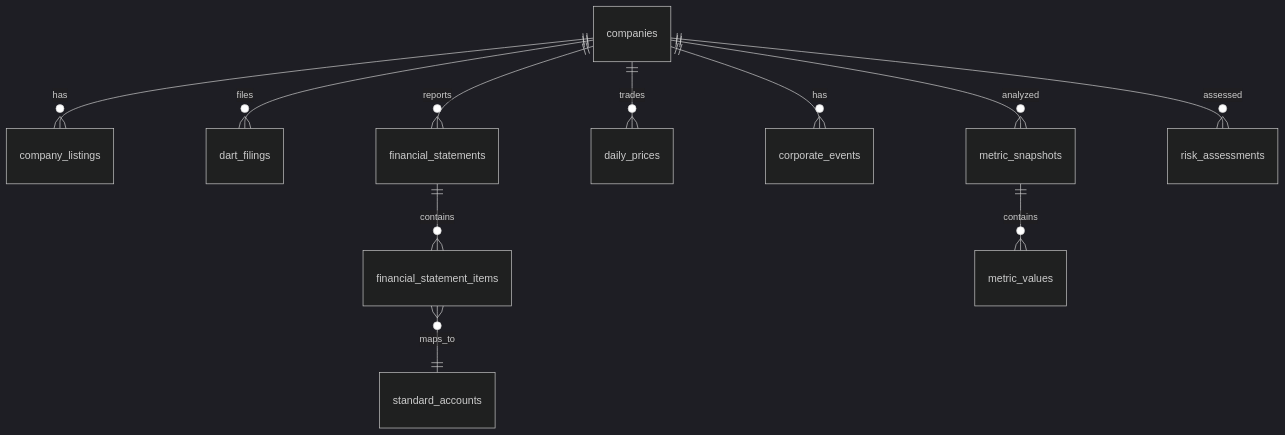
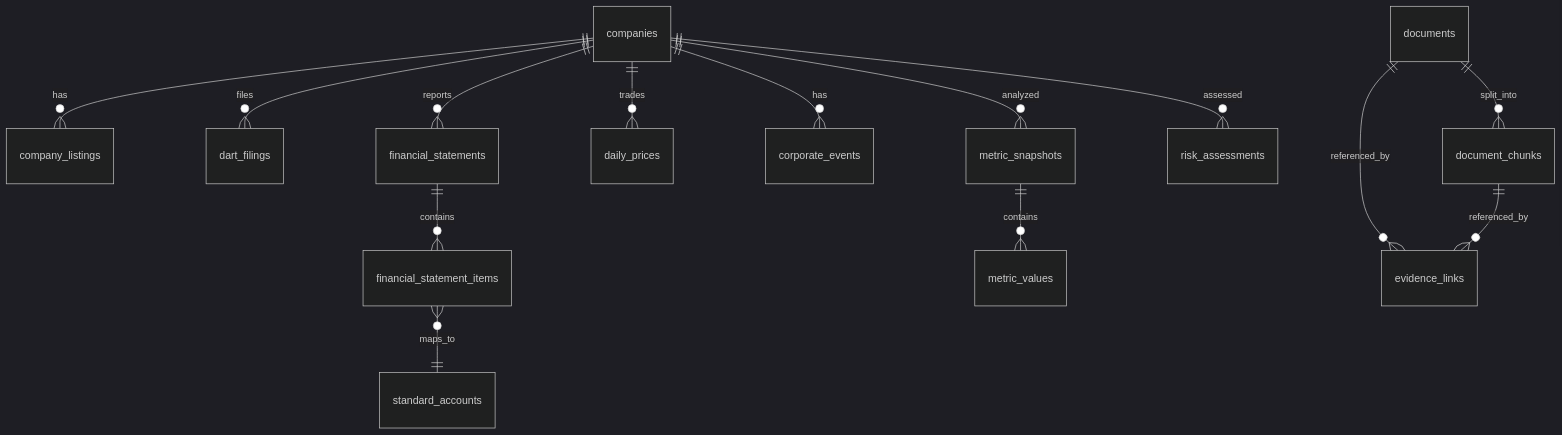
Before and after one commit to GmelaN/FinDART: the diagram in docs/db_schema.md, drawn with Mermaid (dark theme). The commit also changed other lines of this file and 7 other files, not shown here.

````diff
--- a/docs/db_schema.md
+++ b/docs/db_schema.md
@@ -9,13 +9,16 @@
 ```mermaid
 erDiagram
     companies ||--o{ company_listings : has
     companies ||--o{ dart_filings : files
     companies ||--o{ financial_statements : reports
     financial_statements ||--o{ financial_statement_items : contains
     financial_statement_items }o--|| standard_accounts : maps_to
     companies ||--o{ daily_prices : trades
     companies ||--o{ corporate_events : has
     companies ||--o{ metric_snapshots : analyzed
     metric_snapshots ||--o{ metric_values : contains
     companies ||--o{ risk_assessments : assessed
+    documents ||--o{ document_chunks : split_into
+    documents ||--o{ evidence_links : referenced_by
+    document_chunks ||--o{ evidence_links : referenced_by
 ```
````
